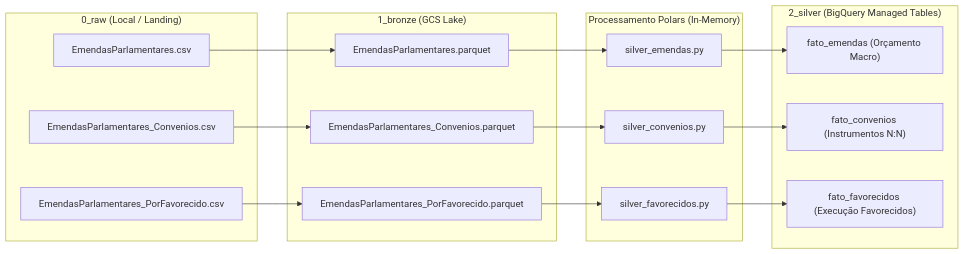
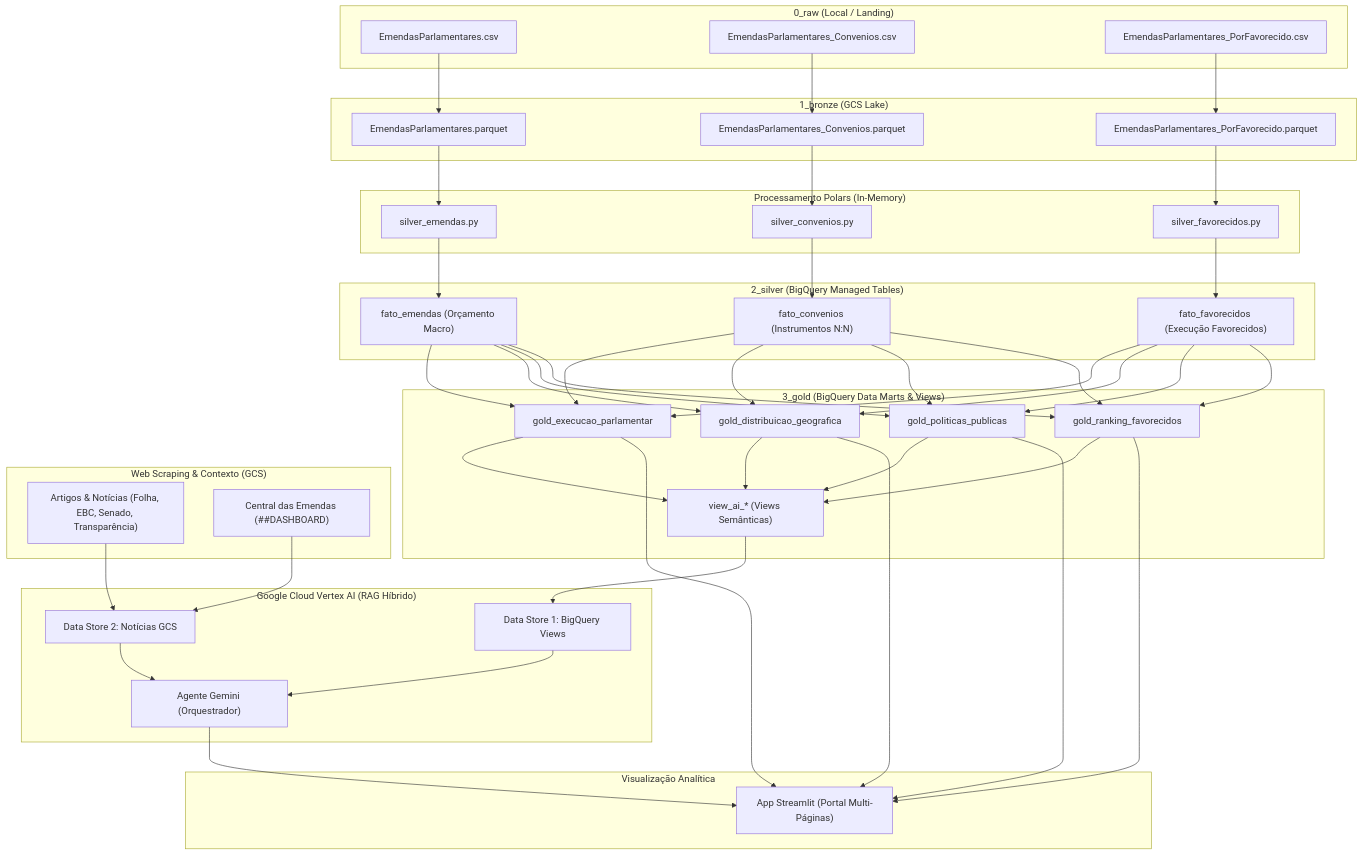
The diagram in README.md (OGgbarbosa/etl-emendas-parlamentares-brasil-gcp), drawn with Mermaid before and after one commit. The commit also changed other lines of this file and 9 other files, not shown here.

Commit message:
docs(readme): atualizar roadmap e arquitetura com camadas gold, scraping, vertex ai e streamlit

````diff
--- a/README.md
+++ b/README.md
@@ -27,34 +29,65 @@
 ```mermaid
-flowchart LR
+flowchart TD
     subgraph RawZone ["0_raw (Local / Landing)"]
         CSV_E["EmendasParlamentares.csv"]
         CSV_C["EmendasParlamentares_Convenios.csv"]
         CSV_F["EmendasParlamentares_PorFavorecido.csv"]
     end
 
     subgraph BronzeZone ["1_bronze (GCS Lake)"]
         B_E["EmendasParlamentares.parquet"]
         B_C["EmendasParlamentares_Convenios.parquet"]
         B_F["EmendasParlamentares_PorFavorecido.parquet"]
     end
 
     subgraph Processing ["Processamento Polars (In-Memory)"]
         Proc_E["silver_emendas.py"]
         Proc_C["silver_convenios.py"]
         Proc_F["silver_favorecidos.py"]
     end
 
-    subgraph DWH ["2_silver (BigQuery Managed Tables)"]
+    subgraph DWH_Silver ["2_silver (BigQuery Managed Tables)"]
         S_EMENDA["fato_emendas (Orçamento Macro)"]
         S_CONV["fato_convenios (Instrumentos N:N)"]
         S_FAV["fato_favorecidos (Execução Favorecidos)"]
+    end
+
+    subgraph DWH_Gold ["3_gold (BigQuery Data Marts & Views)"]
+        G_PARL["gold_execucao_parlamentar"]
+        G_GEO["gold_distribuicao_geografica"]
+        G_POL["gold_politicas_publicas"]
+        G_FAV["gold_ranking_favorecidos"]
+        G_VIEW["view_ai_* (Views Semânticas)"]
+    end
+
+    subgraph Web_Scraping ["Web Scraping & Contexto (GCS)"]
+        W_NEWS["Artigos & Notícias (Folha, EBC, Senado, Transparência)"]
+        W_DASH["Central das Emendas (##DASHBOARD)"]
+    end
+
+    subgraph Intelligence ["Google Cloud Vertex AI (RAG Híbrido)"]
+        V_AGENT["Agente Gemini (Orquestrador)"]
+        V_STORE_BQ["Data Store 1: BigQuery Views"]
+        V_STORE_GCS["Data Store 2: Notícias GCS"]
+    end
+
+    subgraph Frontend ["Visualização Analítica"]
+        APP["App Streamlit (Portal Multi-Páginas)"]
     end
 
     CSV_E --> B_E
     CSV_C --> B_C
     CSV_F --> B_F
 
     B_E --> Proc_E --> S_EMENDA
     B_C --> Proc_C --> S_CONV
     B_F --> Proc_F --> S_FAV
+
+    S_EMENDA & S_CONV & S_FAV --> G_PARL & G_GEO & G_POL & G_FAV --> G_VIEW
+
+    G_VIEW --> V_STORE_BQ --> V_AGENT
+    W_NEWS & W_DASH --> V_STORE_GCS --> V_AGENT
+
+    G_PARL & G_GEO & G_POL & G_FAV --> APP
+    V_AGENT --> APP
 ```
````
